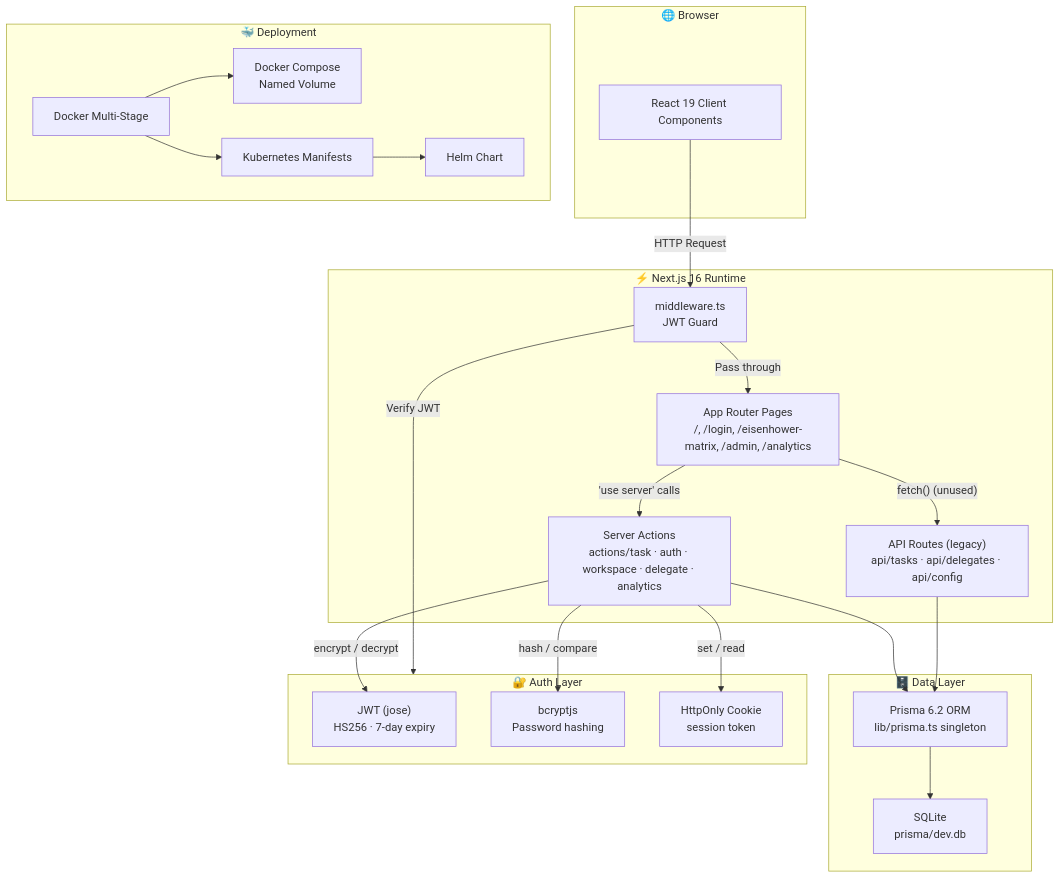
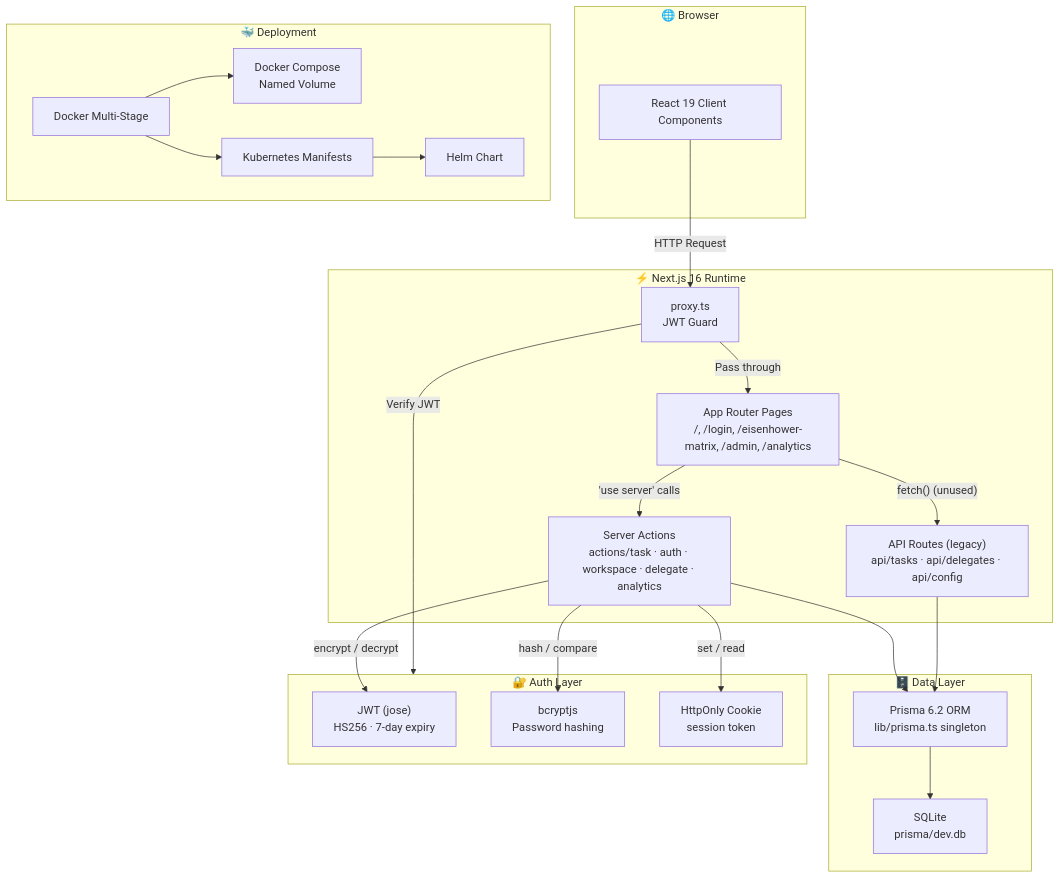
The first of 6 diagrams in Docs/codebase-analysis.md (kush95300/kaushal-mental-models-app), drawn with Mermaid before and after one commit. The commit also changed other lines of this file and 76 other files, not shown here.

````diff
--- a/Docs/codebase-analysis.md
+++ b/Docs/codebase-analysis.md
@@ -28,46 +28,46 @@
 ```mermaid
 graph TD
     subgraph Browser["🌐 Browser"]
         UI["React 19 Client Components"]
     end
 
     subgraph NextJS["⚡ Next.js 16 Runtime"]
-        MW["middleware.ts<br/>JWT Guard"]
+        MW["proxy.ts<br/>JWT Guard"]
         Pages["App Router Pages<br/>/, /login, /eisenhower-matrix, /admin, /analytics"]
         SA["Server Actions<br/>actions/task · auth · workspace · delegate · analytics"]
         API["API Routes (legacy)<br/>api/tasks · api/delegates · api/config"]
     end
 
     subgraph Data["🗄️ Data Layer"]
         Prisma["Prisma 6.2 ORM<br/>lib/prisma.ts singleton"]
         SQLite["SQLite<br/>prisma/dev.db"]
     end
 
     subgraph Auth["🔐 Auth Layer"]
         JWT["JWT (jose)<br/>HS256 · 7-day expiry"]
         Bcrypt["bcryptjs<br/>Password hashing"]
         Cookie["HttpOnly Cookie<br/>session token"]
     end
 
     subgraph Deploy["🐳 Deployment"]
         Docker["Docker Multi-Stage"]
         Compose["Docker Compose<br/>Named Volume"]
         K8s["Kubernetes Manifests"]
         Helm["Helm Chart"]
     end
 
     UI -->|"HTTP Request"| MW
     MW -->|"Verify JWT"| Auth
     MW -->|"Pass through"| Pages
     Pages -->|"'use server' calls"| SA
     Pages -->|"fetch() (unused)"| API
     SA --> Prisma
     API --> Prisma
     Prisma --> SQLite
     SA -->|"encrypt / decrypt"| JWT
     SA -->|"hash / compare"| Bcrypt
     SA -->|"set / read"| Cookie
     Docker --> Compose
     Docker --> K8s
     K8s --> Helm
 ```
````
